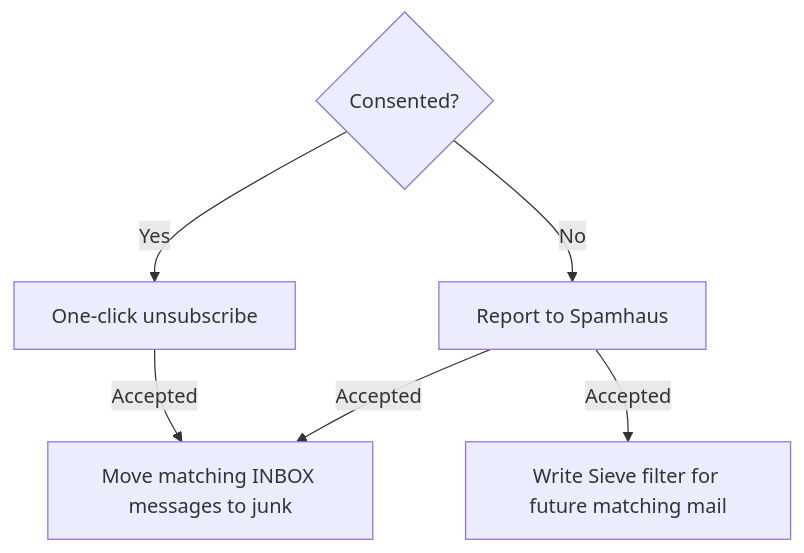
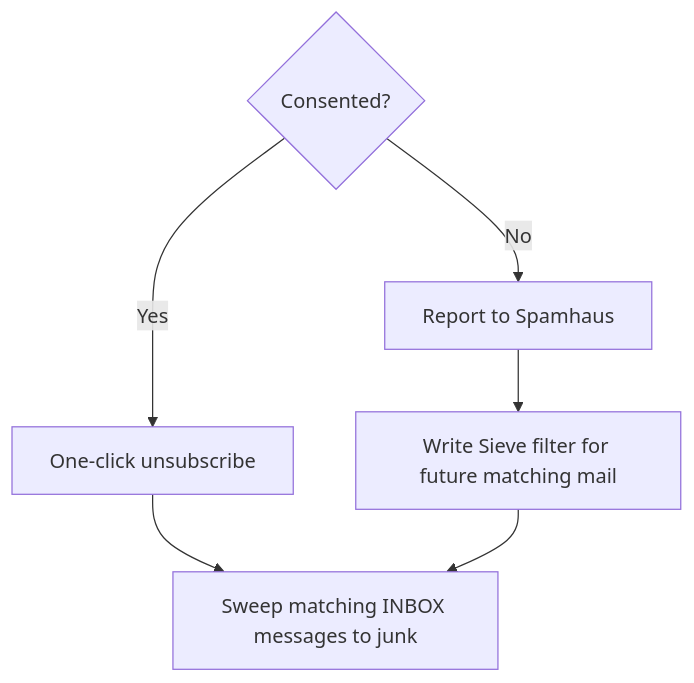
Before and after one commit to biobuddies/spamhammer: the diagram in README.md, drawn with Mermaid. The commit also changed other lines of this file and 4 other files, not shown here.

Commit message:
Sweep matching mail regardless of reporting or unsubscribe result

````diff
--- a/README.md
+++ b/README.md
@@ -1,9 +1,9 @@
 ```mermaid
 flowchart TD
     consent{Consented?}
     consent -->|Yes| unsubscribe[One-click unsubscribe]
     consent -->|No| report[Report to Spamhaus]
-    unsubscribe -->|Accepted| junk[Move matching INBOX messages to junk]
-    report -->|Accepted| junk
-    report -->|Accepted| sieve[Write Sieve filter for future matching mail]
+    unsubscribe --> sweep[Sweep matching INBOX messages to junk]
+    report --> sieve[Write Sieve filter for future matching mail]
+    sieve --> sweep
 ```
````
